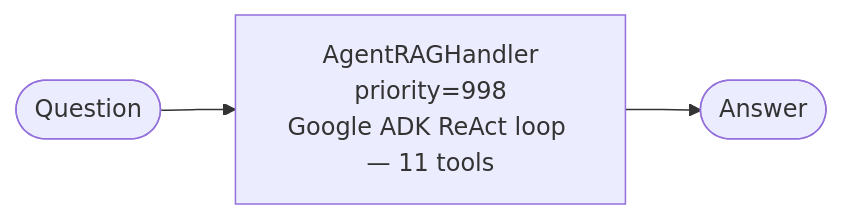
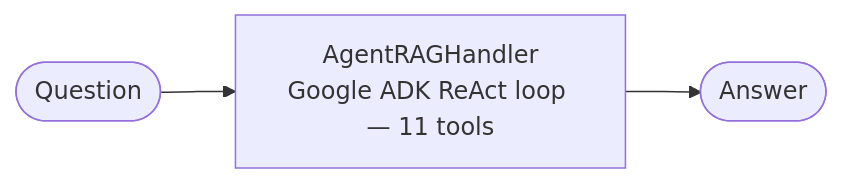
The second of 3 diagrams in docs/main/QUESTION_ANSWERING_DIAGRAM.md (Kitabim-AI/kitabim-ai), drawn with Mermaid before and after one commit. The commit also changed other lines of this file and 11 other files, not shown here.

Commit message:
feat: add get_sister_volumes tool, update RAG documentation, and refine system diagrams

````diff
--- a/docs/main/QUESTION_ANSWERING_DIAGRAM.md
+++ b/docs/main/QUESTION_ANSWERING_DIAGRAM.md
@@ -54,5 +56,5 @@
 ```mermaid
 flowchart LR
-    Q([Question]) --> RAGENT[AgentRAGHandler\npriority=998\nGoogle ADK ReAct loop — 11 tools]
+    Q([Question]) --> RAGENT["AgentRAGHandler<br/>Google ADK ReAct loop — 11 tools"]
     RAGENT --> ANS([Answer])
 ```
````
